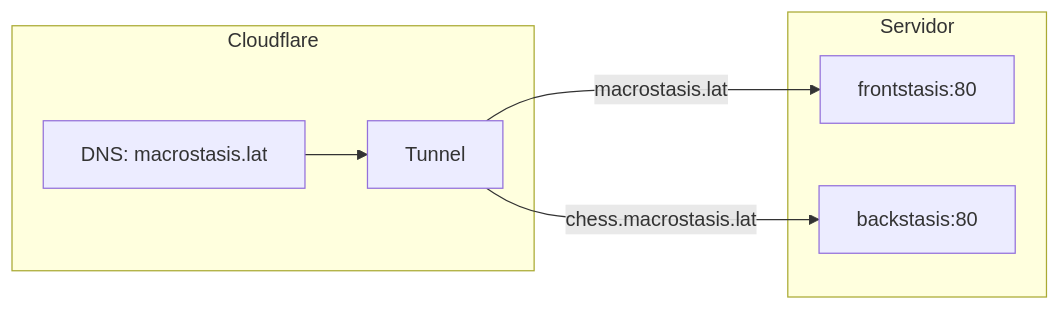
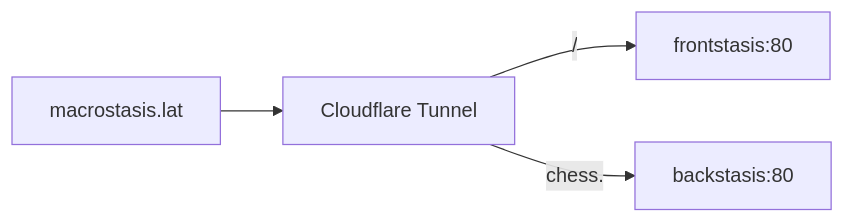
Before and after one commit to MetaCodeX/MacroStasis: the third of 3 diagrams in README.md, drawn with Mermaid. The commit also changed other lines of this file, not shown here.

````diff
--- a/README.md
+++ b/README.md
@@ -277,16 +435,6 @@
 ```mermaid
 flowchart LR
-    subgraph Cloudflare
-        DNS[DNS: macrostasis.lat]
-        TUN[Tunnel]
-    end
-
-    subgraph Servidor
-        FS[frontstasis:80]
-        BS[backstasis:80]
-    end
-
-    DNS --> TUN
-    TUN -->|macrostasis.lat| FS
-    TUN -->|chess.macrostasis.lat| BS
+    DNS[macrostasis.lat] --> TUN[Cloudflare Tunnel]
+    TUN -->|/| F[frontstasis:80]
+    TUN -->|chess.| B[backstasis:80]
 ```
````
